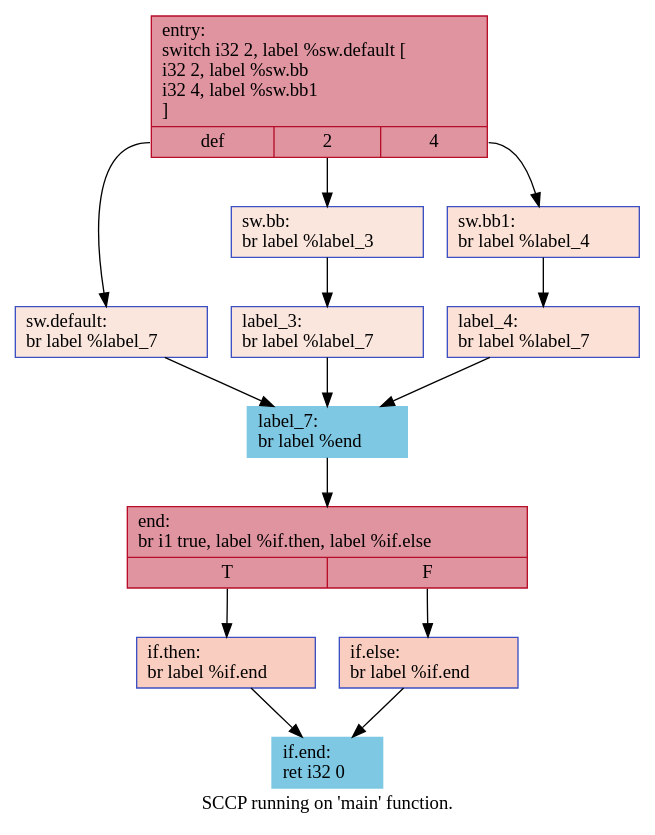
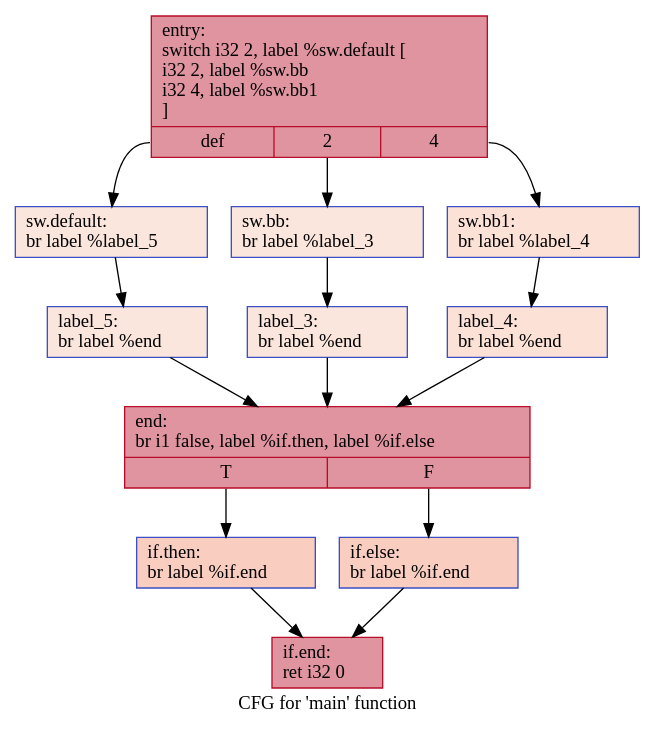
One commit to HPSSA-LLVM/HPSSA-LLVM changed the diagram in IR/cfg/SCCP_BASELINE.dot. Above: the diagram before and after it, drawn with Graphviz. The commit also changed 24 other files, not shown here.

```diff
--- a/IR/cfg/SCCP_BASELINE.dot
+++ b/IR/cfg/SCCP_BASELINE.dot
@@ -1,28 +1,28 @@
 digraph "CFG for 'main' function" {
-	label="SCCP running on 'main' function.";
+	label="CFG for 'main' function";
 
-	Node0x558a4c31d6e0 [shape=record,color="#b70d28ff", style=filled, fillcolor="#b70d2870",label="{entry:\l  switch i32 2, label %sw.default [\l    i32 2, label %sw.bb\l    i32 4, label %sw.bb1\l  ]\l|{<s0>def|<s1>2|<s2>4}}"];
-	Node0x558a4c31d6e0:s0 -> Node0x558a4c31d810;
-	Node0x558a4c31d6e0:s1 -> Node0x558a4c31d890;
-	Node0x558a4c31d6e0:s2 -> Node0x558a4c31d930;
-	Node0x558a4c31d890 [shape=record,color="#3d50c3ff", style=filled, fillcolor="#f3c7b170",label="{sw.bb:                                            \l  br label %label_3\l}"];
-	Node0x558a4c31d890 -> Node0x558a4c31dac0;
-	Node0x558a4c31d930 [shape=record,color="#3d50c3ff", style=filled, fillcolor="#f7bca170",label="{sw.bb1:                                           \l  br label %label_4\l}"];
-	Node0x558a4c31d930 -> Node0x558a4c31dba0;
-	Node0x558a4c31d810 [shape=record,color="#3d50c3ff", style=filled, fillcolor="#f3c7b170",label="{sw.default:                                       \l  br label %label_7\l}"];
-	Node0x558a4c31d810 -> Node0x558a4c31dc80;
-	Node0x558a4c31dac0 [shape=record,color="#3d50c3ff", style=filled, fillcolor="#f3c7b170",label="{label_3:                                          \l  br label %label_7\l}"];
-	Node0x558a4c31dac0 -> Node0x558a4c31dc80;
-	Node0x558a4c31dba0 [shape=record,color="#3d50c3ff", style=filled, fillcolor="#f7bca170",label="{label_4:                                          \l  br label %label_7\l}"];
-	Node0x558a4c31dba0 -> Node0x558a4c31dc80;
-	Node0x558a4c31dc80 [shape=record,color="#7EC8E3", style=filled, fillcolor="#7EC8E3",label="{label_7:                                          \l  br label %end\l}"];
-	Node0x558a4c31dc80 -> Node0x558a4c31de40;
-	Node0x558a4c31de40 [shape=record,color="#b70d28ff", style=filled, fillcolor="#b70d2870",label="{end:                                              \l  br i1 true, label %if.then, label %if.else\l|{<s0>T|<s1>F}}"];
-	Node0x558a4c31de40:s0 -> Node0x558a4c31df50;
-	Node0x558a4c31de40:s1 -> Node0x558a4c31dfc0;
-	Node0x558a4c31df50 [shape=record,color="#3d50c3ff", style=filled, fillcolor="#f2907270",label="{if.then:                                          \l  br label %if.end\l}"];
-	Node0x558a4c31df50 -> Node0x558a4c31e0e0;
-	Node0x558a4c31dfc0 [shape=record,color="#3d50c3ff", style=filled, fillcolor="#f2907270",label="{if.else:                                          \l  br label %if.end\l}"];
-	Node0x558a4c31dfc0 -> Node0x558a4c31e0e0;
-	Node0x558a4c31e0e0 [shape=record,color="#7EC8E3", style=filled, fillcolor="#7EC8E3",label="{if.end:                                           \l  ret i32 0\l}"];
+	Node0x5590b6a9e6e0 [shape=record,color="#b70d28ff", style=filled, fillcolor="#b70d2870",label="{entry:\l  switch i32 2, label %sw.default [\l    i32 2, label %sw.bb\l    i32 4, label %sw.bb1\l  ]\l|{<s0>def|<s1>2|<s2>4}}"];
+	Node0x5590b6a9e6e0:s0 -> Node0x5590b6a9e810;
+	Node0x5590b6a9e6e0:s1 -> Node0x5590b6a9e890;
+	Node0x5590b6a9e6e0:s2 -> Node0x5590b6a9e930;
+	Node0x5590b6a9e890 [shape=record,color="#3d50c3ff", style=filled, fillcolor="#f3c7b170",label="{sw.bb:                                            \l  br label %label_3\l}"];
+	Node0x5590b6a9e890 -> Node0x5590b6a9eac0;
+	Node0x5590b6a9e930 [shape=record,color="#3d50c3ff", style=filled, fillcolor="#f7bca170",label="{sw.bb1:                                           \l  br label %label_4\l}"];
+	Node0x5590b6a9e930 -> Node0x5590b6a9eba0;
+	Node0x5590b6a9e810 [shape=record,color="#3d50c3ff", style=filled, fillcolor="#f3c7b170",label="{sw.default:                                       \l  br label %label_5\l}"];
+	Node0x5590b6a9e810 -> Node0x5590b6a9ec80;
+	Node0x5590b6a9eac0 [shape=record,color="#3d50c3ff", style=filled, fillcolor="#f3c7b170",label="{label_3:                                          \l  br label %end\l}"];
+	Node0x5590b6a9eac0 -> Node0x5590b6a9ed60;
+	Node0x5590b6a9eba0 [shape=record,color="#3d50c3ff", style=filled, fillcolor="#f7bca170",label="{label_4:                                          \l  br label %end\l}"];
+	Node0x5590b6a9eba0 -> Node0x5590b6a9ed60;
+	Node0x5590b6a9ec80 [shape=record,color="#3d50c3ff", style=filled, fillcolor="#f3c7b170",label="{label_5:                                          \l  br label %end\l}"];
+	Node0x5590b6a9ec80 -> Node0x5590b6a9ed60;
+	Node0x5590b6a9ed60 [shape=record,color="#b70d28ff", style=filled, fillcolor="#b70d2870",label="{end:                                              \l  br i1 false, label %if.then, label %if.else\l|{<s0>T|<s1>F}}"];
+	Node0x5590b6a9ed60:s0 -> Node0x5590b6a9ef50;
+	Node0x5590b6a9ed60:s1 -> Node0x5590b6a9efc0;
+	Node0x5590b6a9ef50 [shape=record,color="#3d50c3ff", style=filled, fillcolor="#f2907270",label="{if.then:                                          \l  br label %if.end\l}"];
+	Node0x5590b6a9ef50 -> Node0x5590b6a9f0e0;
+	Node0x5590b6a9efc0 [shape=record,color="#3d50c3ff", style=filled, fillcolor="#f2907270",label="{if.else:                                          \l  br label %if.end\l}"];
+	Node0x5590b6a9efc0 -> Node0x5590b6a9f0e0;
+	Node0x5590b6a9f0e0 [shape=record,color="#b70d28ff", style=filled, fillcolor="#b70d2870",label="{if.end:                                           \l  ret i32 0\l}"];
 }
```
